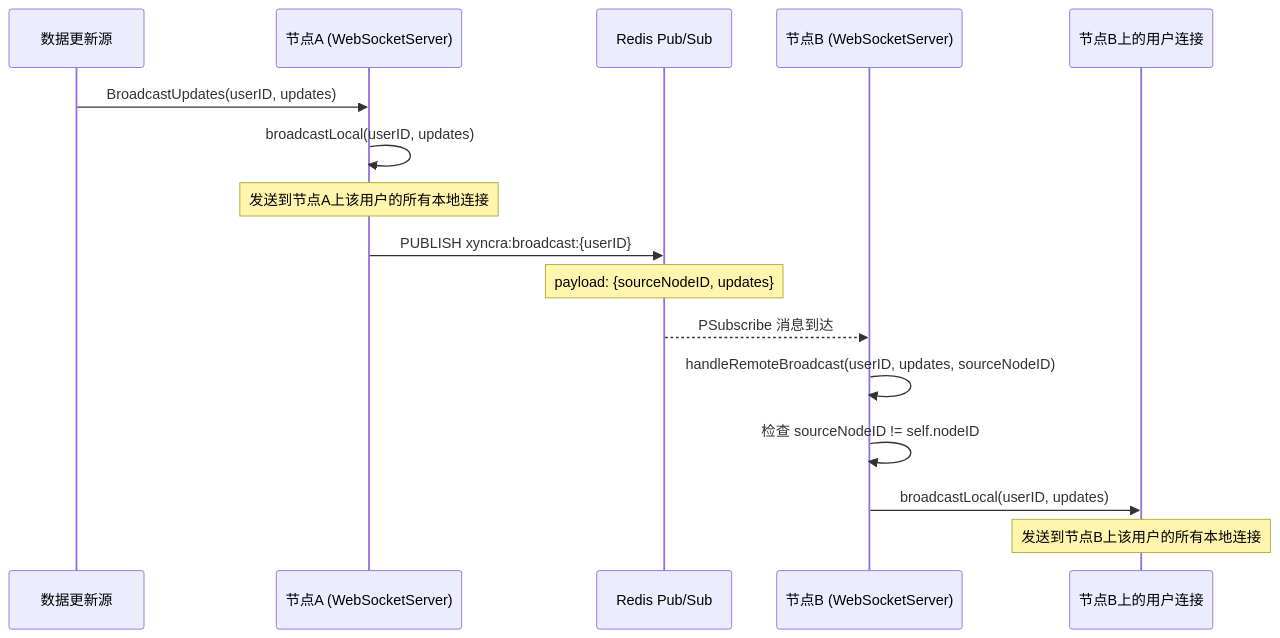
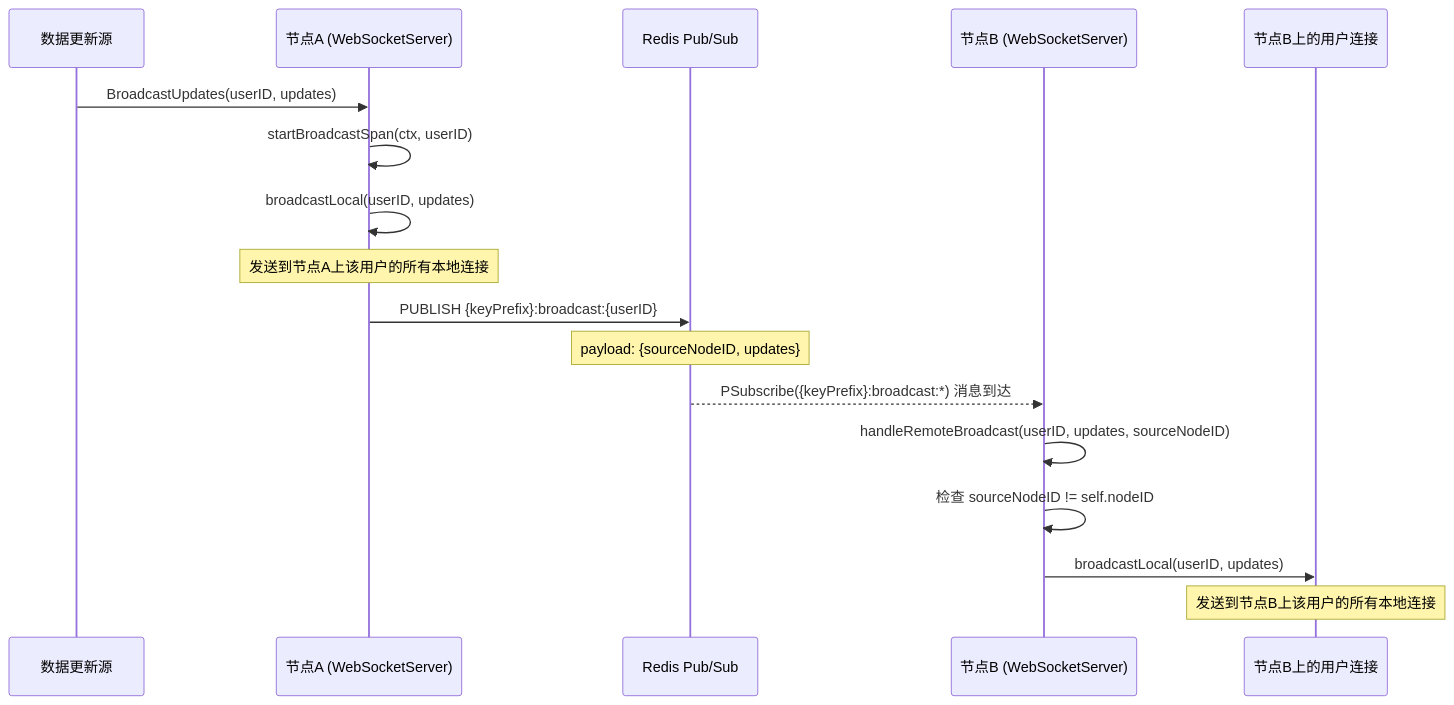
The eighth of 14 diagrams in wiki/flows/websocket-connection.md (PineappleBond/xyncra-server), drawn with Mermaid before and after one commit. The commit also changed other lines of this file and 16 other files, not shown here.

First line of the commit message:
docs(wiki): comprehensive review and fix of all flow documents

````diff
--- a/wiki/flows/websocket-connection.md
+++ b/wiki/flows/websocket-connection.md
@@ -460,21 +495,22 @@
 ```mermaid
 sequenceDiagram
     participant Caller as 数据更新源
     participant WS1 as 节点A (WebSocketServer)
     participant Redis as Redis Pub/Sub
     participant WS2 as 节点B (WebSocketServer)
     participant ClientsB as 节点B上的用户连接
 
     Caller->>WS1: BroadcastUpdates(userID, updates)
+    WS1->>WS1: startBroadcastSpan(ctx, userID)
     WS1->>WS1: broadcastLocal(userID, updates)
     Note over WS1: 发送到节点A上该用户的所有本地连接
 
-    WS1->>Redis: PUBLISH xyncra:broadcast:{userID}
+    WS1->>Redis: PUBLISH {keyPrefix}:broadcast:{userID}
     Note over Redis: payload: {sourceNodeID, updates}
 
-    Redis-->>WS2: PSubscribe 消息到达
+    Redis-->>WS2: PSubscribe({keyPrefix}:broadcast:*) 消息到达
     WS2->>WS2: handleRemoteBroadcast(userID, updates, sourceNodeID)
     WS2->>WS2: 检查 sourceNodeID != self.nodeID
     WS2->>ClientsB: broadcastLocal(userID, updates)
     Note over ClientsB: 发送到节点B上该用户的所有本地连接
 ```
````
